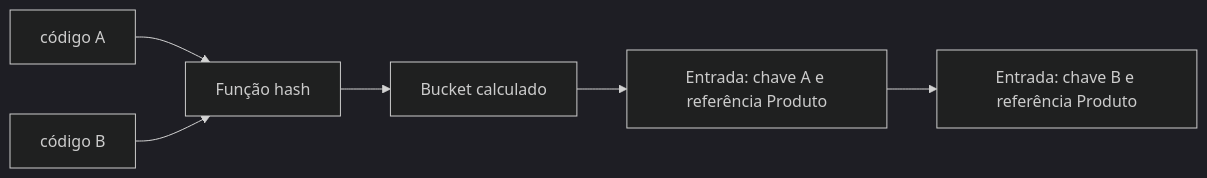
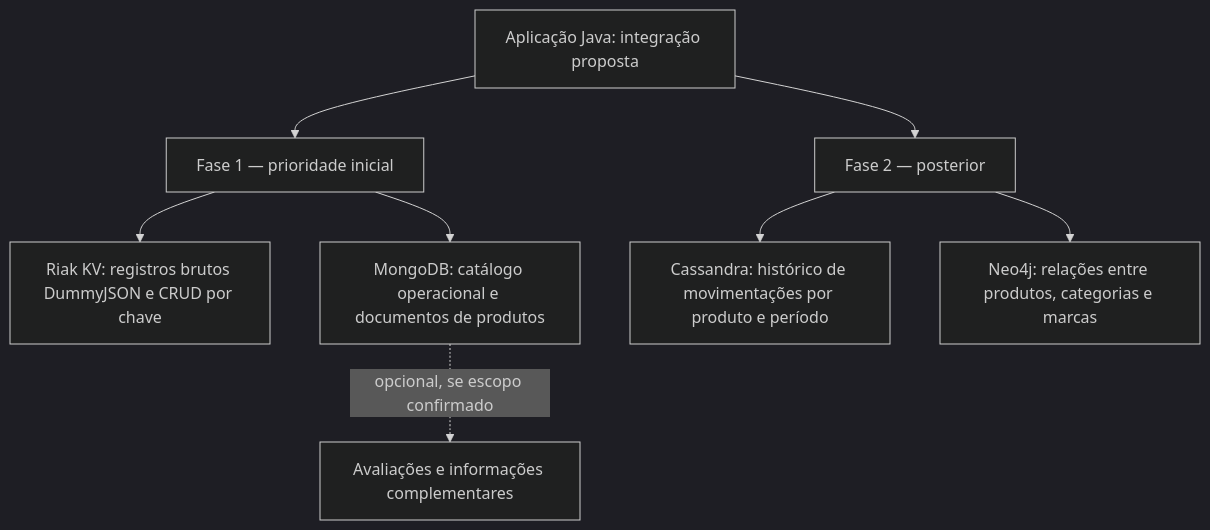
The seventh of 7 diagrams in docs/MODELAGEM_MERMAID.md (DEVguedes1/amazoff), drawn with Mermaid (dark theme) before and after one commit. The commit also changed other lines of this file and 32 other files, not shown here.

````diff
--- a/docs/MODELAGEM_MERMAID.md
+++ b/docs/MODELAGEM_MERMAID.md
@@ -204,8 +127,10 @@
 ```mermaid
-flowchart LR
-  C1[ código A ] --> H[Função hash]
-  C2[ código B ] --> H
-  H --> B[Bucket calculado]
-  B --> E1[Entrada: chave A e referência Produto]
-  E1 --> E2[Entrada: chave B e referência Produto]
+flowchart TB
+  APP[Aplicação Java: integração proposta] --> F1[Fase 1 — prioridade inicial]
+  APP --> F2[Fase 2 — posterior]
+  F1 --> R[Riak KV: registros brutos DummyJSON e CRUD por chave]
+  F1 --> M[MongoDB: catálogo operacional e documentos de produtos]
+  M -. opcional, se escopo confirmado .-> AV[Avaliações e informações complementares]
+  F2 --> C[Cassandra: histórico de movimentações por produto e período]
+  F2 --> N[Neo4j: relações entre produtos, categorias e marcas]
 ```
````
